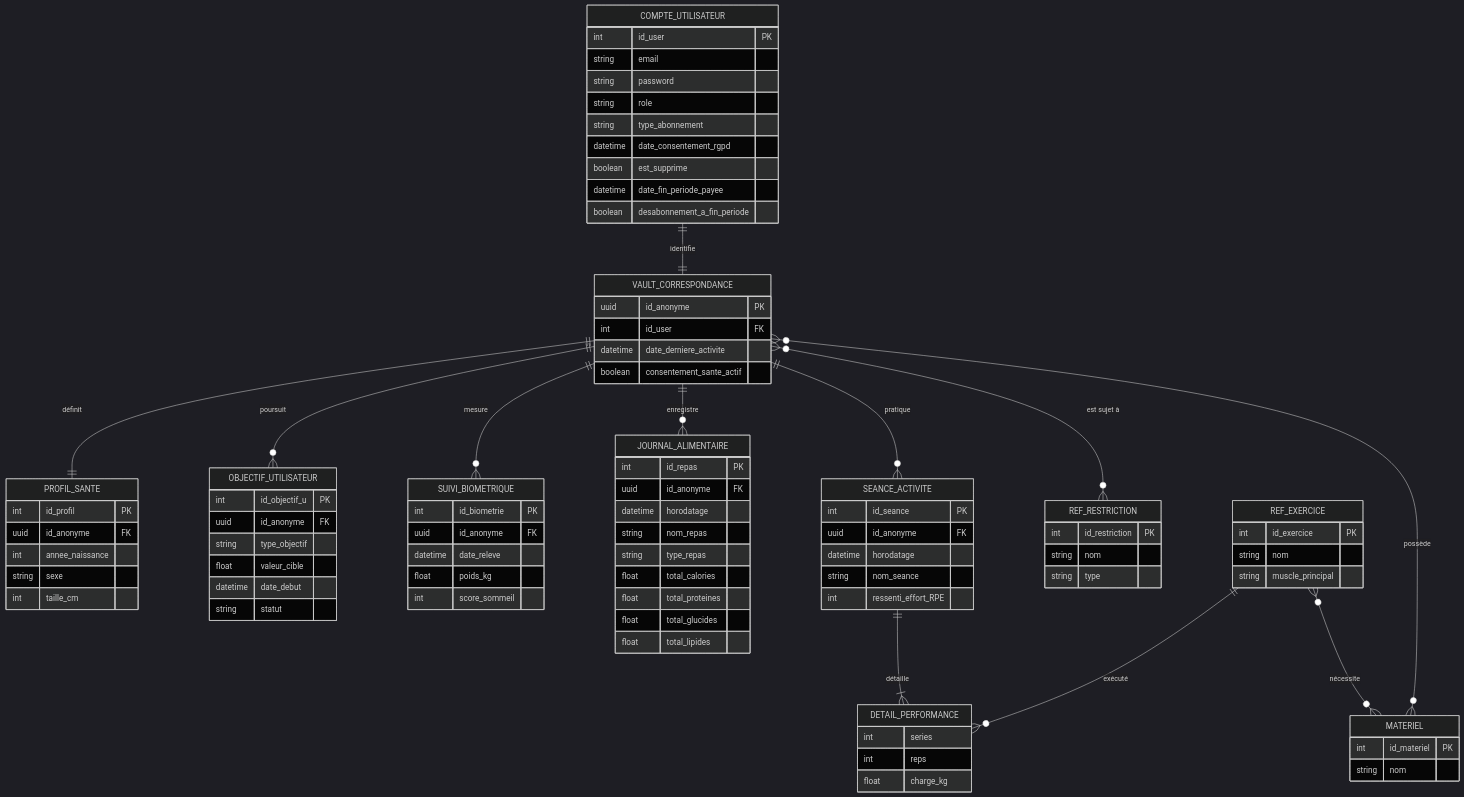
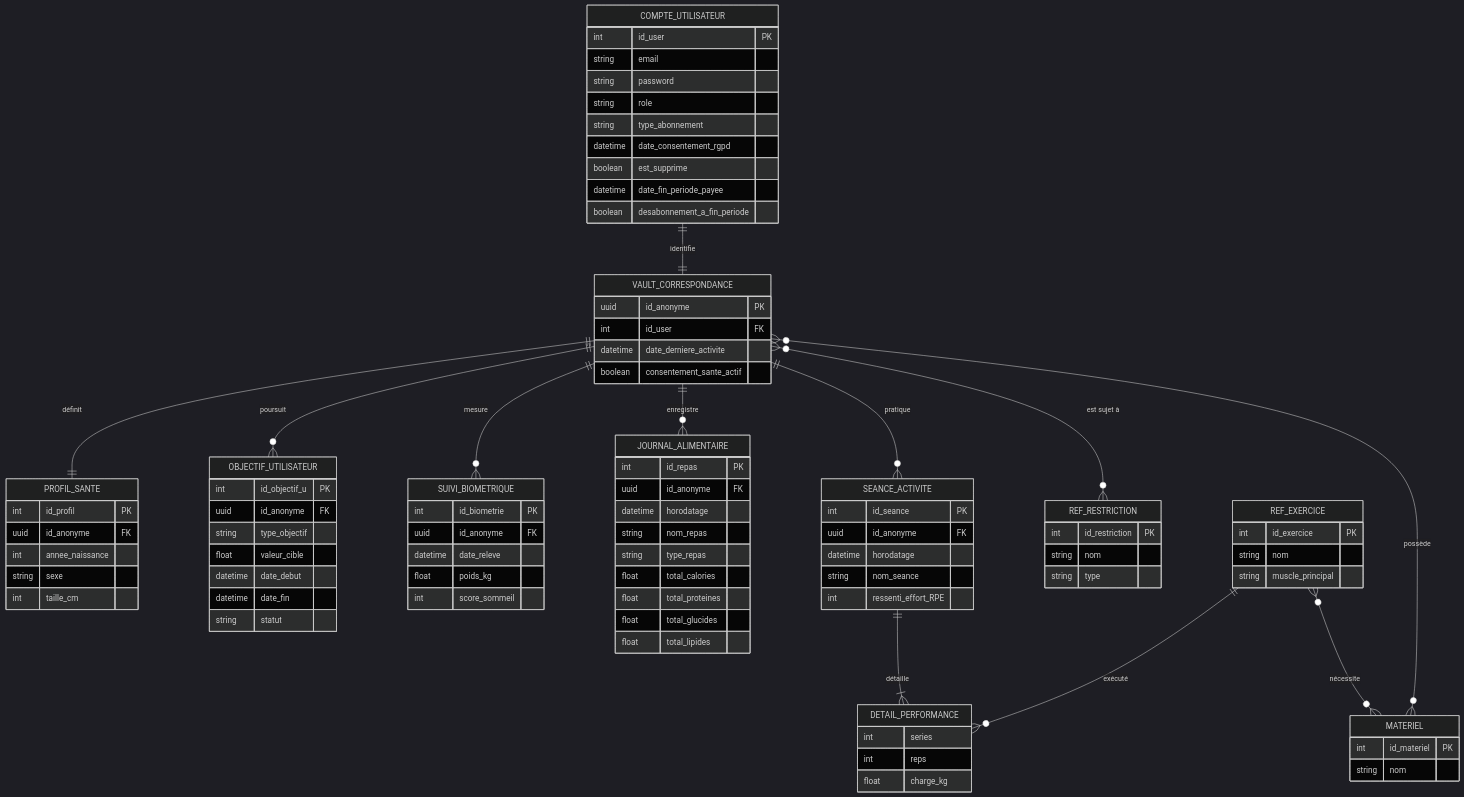
The diagram in README.md (Gwendal-Ferlin/MSPR502_BDD_Python), drawn with Mermaid (dark theme) before and after one commit. The commit also changed other lines of this file, not shown here.

```diff
--- a/README.md
+++ b/README.md
@@ -129,6 +136,7 @@
         string type_objectif
         float valeur_cible
         datetime date_debut
+        datetime date_fin
         string statut
     }
     SUIVI_BIOMETRIQUE {
```
